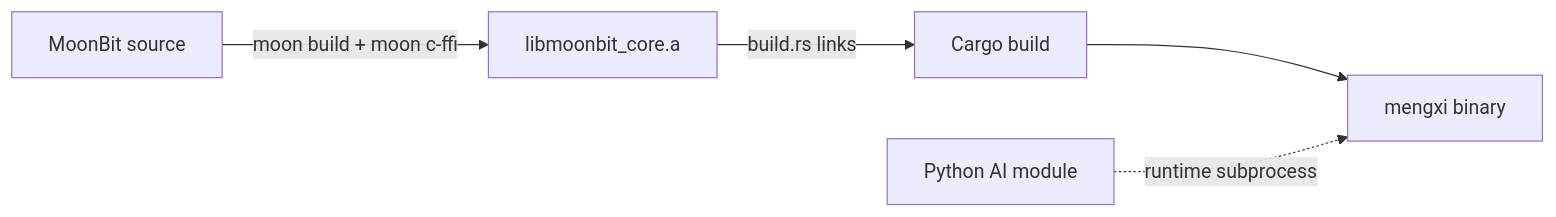
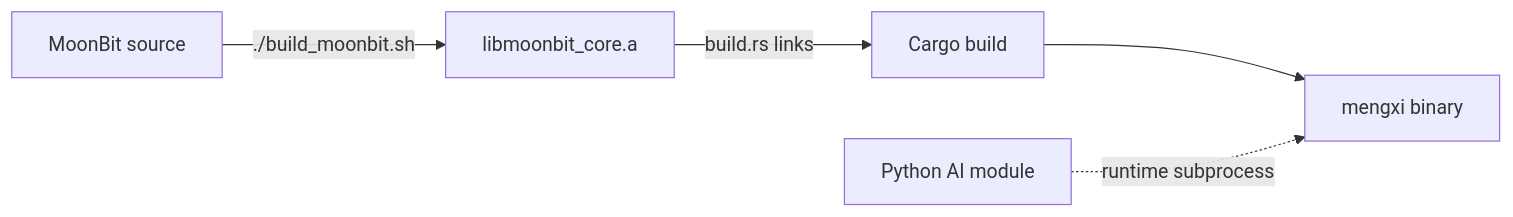
One commit to MaoDingA/mengxi changed the second of 2 diagrams in README_EN.md. Above: the diagram before and after it, drawn with Mermaid. The commit also changed other lines of this file and 6 other files, not shown here.

First line of the commit message:
fix: harden MoonBit build and FFI contract

````diff
--- a/README_EN.md
+++ b/README_EN.md
@@ -300,7 +292,7 @@
 ```mermaid
 flowchart LR
-    A[MoonBit source] -->|moon build + moon c-ffi| B[libmoonbit_core.a]
+    A[MoonBit source] -->|./build_moonbit.sh| B[libmoonbit_core.a]
     B -->|build.rs links| C[Cargo build]
     C --> D[mengxi binary]
     E[Python AI module] -.->|runtime subprocess| D
 ```
````
